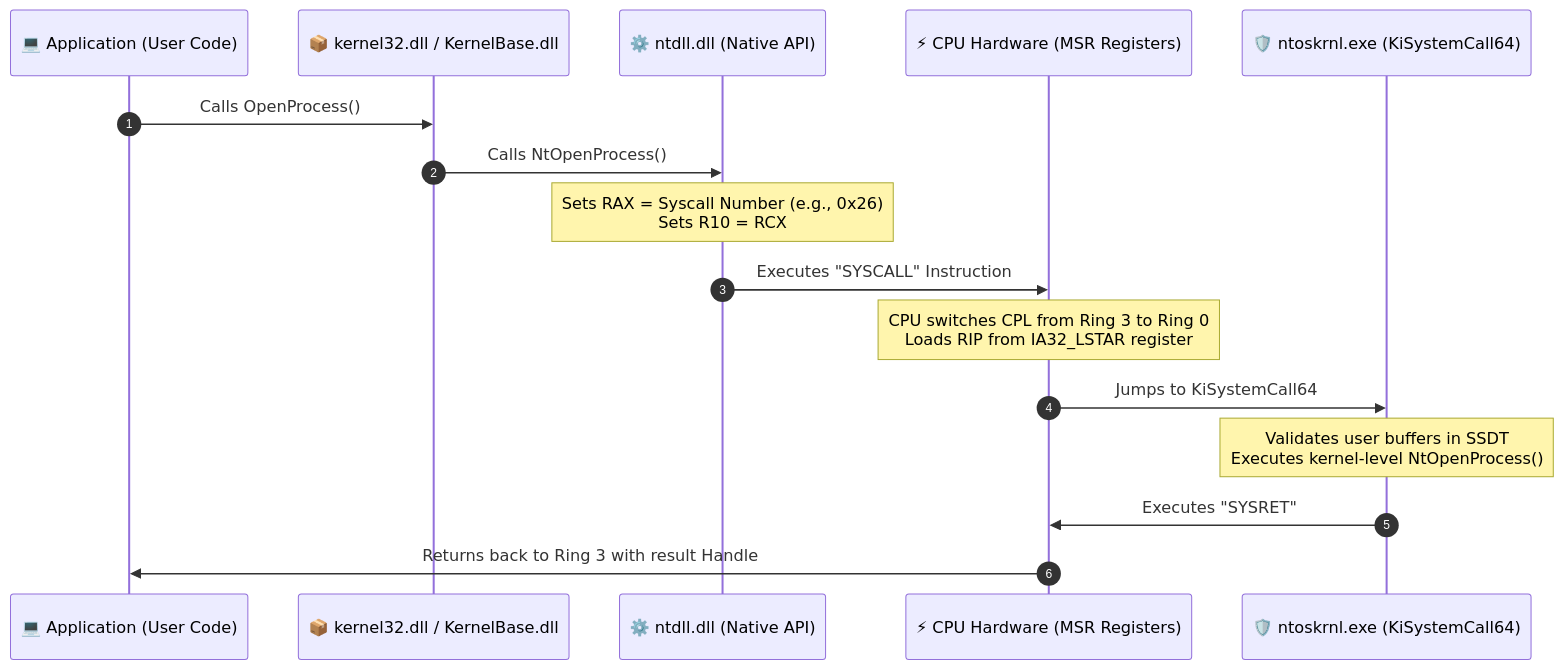
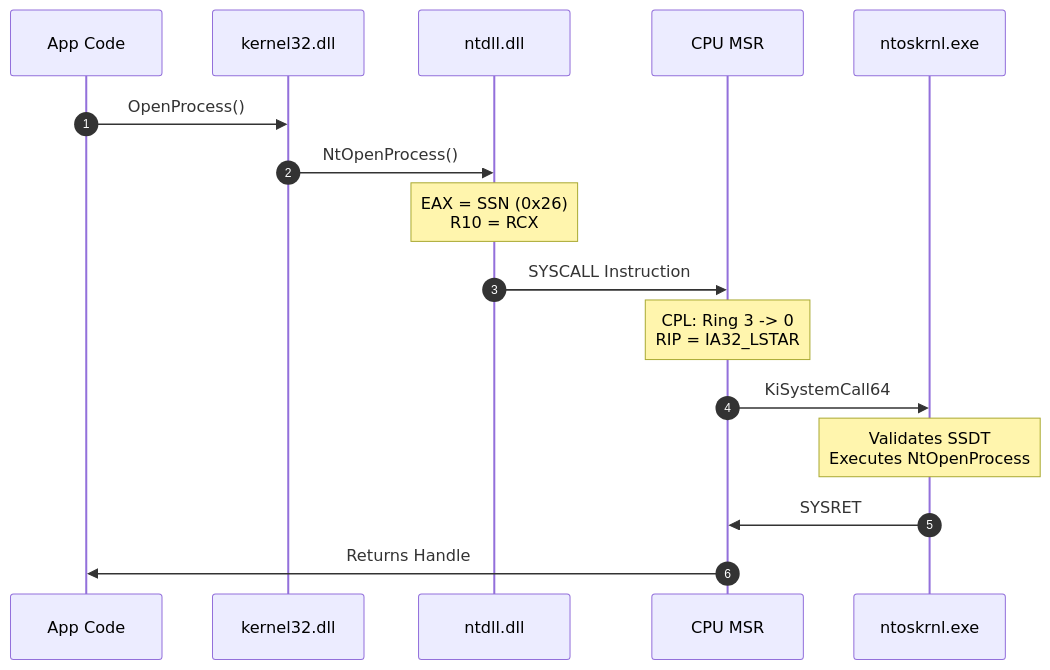
One commit to DaddyZyn/Cyber-security-notes changed the second of 2 diagrams in topics/14-operating-system-architecture-rings-and-syscalls/README.md. Above: the diagram before and after it, drawn with Mermaid. The commit also changed other lines of this file and 19 other files, not shown here.

Commit message:
fix: overhaul all Mermaid diagrams with clean vertical layouts and short line-wrapping to prevent GitHub clipping

````diff
--- a/topics/14-operating-system-architecture-rings-and-syscalls/README.md
+++ b/topics/14-operating-system-architecture-rings-and-syscalls/README.md
@@ -103,19 +103,19 @@
 ```mermaid
 sequenceDiagram
     autonumber
-    participant App as 💻 Application (User Code)
-    participant K32 as 📦 kernel32.dll / KernelBase.dll
-    participant NT as ⚙️ ntdll.dll (Native API)
-    participant CPU as ⚡ CPU Hardware (MSR Registers)
-    participant Kernel as 🛡️ ntoskrnl.exe (KiSystemCall64)
+    participant App as App Code
+    participant K32 as kernel32.dll
+    participant NT as ntdll.dll
+    participant CPU as CPU MSR
+    participant Kernel as ntoskrnl.exe
 
-    App->>K32: Calls OpenProcess()
-    K32->>NT: Calls NtOpenProcess()
-    Note over NT: Sets RAX = Syscall Number (e.g., 0x26)<br>Sets R10 = RCX
-    NT->>CPU: Executes "SYSCALL" Instruction
-    Note over CPU: CPU switches CPL from Ring 3 to Ring 0<br>Loads RIP from IA32_LSTAR register
-    CPU->>Kernel: Jumps to KiSystemCall64
-    Note over Kernel: Validates user buffers in SSDT<br>Executes kernel-level NtOpenProcess()
-    Kernel->>CPU: Executes "SYSRET"
-    CPU->>App: Returns back to Ring 3 with result Handle
+    App->>K32: OpenProcess()
+    K32->>NT: NtOpenProcess()
+    Note over NT: EAX = SSN (0x26)<br/>R10 = RCX
+    NT->>CPU: SYSCALL Instruction
+    Note over CPU: CPL: Ring 3 -> 0<br/>RIP = IA32_LSTAR
+    CPU->>Kernel: KiSystemCall64
+    Note over Kernel: Validates SSDT<br/>Executes NtOpenProcess
+    Kernel->>CPU: SYSRET
+    CPU->>App: Returns Handle
 ```
````
